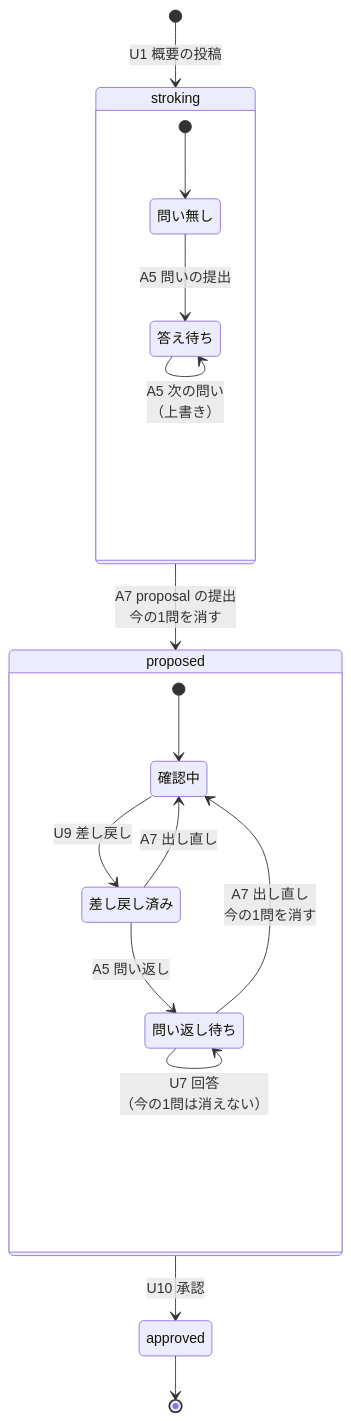
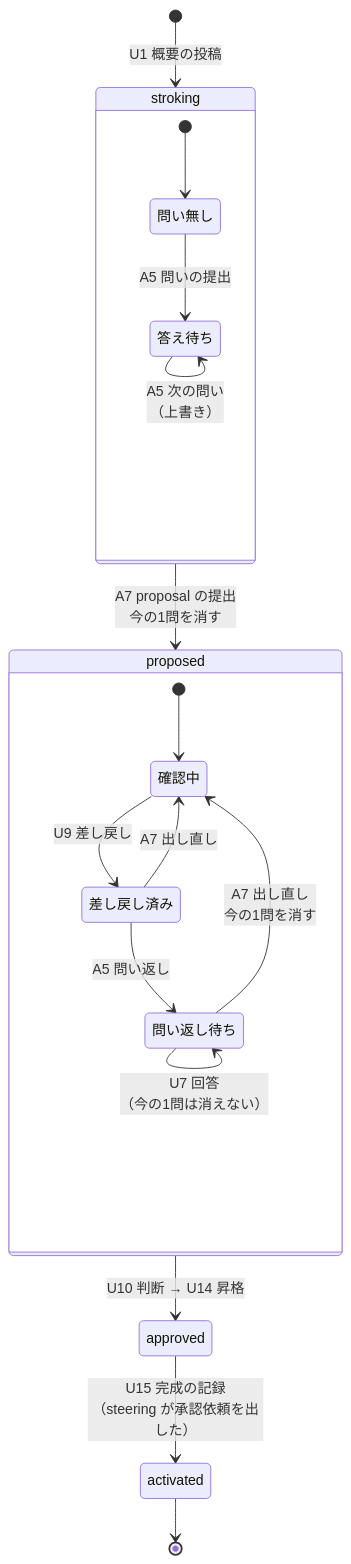
The second of 3 diagrams in docs/specs/architecture/question-flow.md (grrowapp/stroke), drawn with Mermaid before and after one commit. The commit also changed 61 other files, not shown here.

````diff
--- a/docs/specs/architecture/question-flow.md
+++ b/docs/specs/architecture/question-flow.md
@@ -82,25 +82,26 @@
 ```mermaid
 stateDiagram-v2
     [*] --> stroking: U1 概要の投稿
 
     state stroking {
         [*] --> 問い無し
         問い無し --> 答え待ち: A5 問いの提出
         答え待ち --> 答え待ち: U7 回答<br/>（今の1問は消えない）
         答え待ち --> 答え待ち: A5 次の問い<br/>（上書き）
     }
 
     stroking --> proposed: A7 proposal の提出<br/>今の1問を消す
 
     state proposed {
         [*] --> 確認中
         確認中 --> 差し戻し済み: U9 差し戻し
         差し戻し済み --> 問い返し待ち: A5 問い返し
         問い返し待ち --> 問い返し待ち: U7 回答<br/>（今の1問は消えない）
         問い返し待ち --> 確認中: A7 出し直し<br/>今の1問を消す
         差し戻し済み --> 確認中: A7 出し直し
     }
 
-    proposed --> approved: U10 承認
-    approved --> [*]
+    proposed --> approved: U10 判断 → U14 昇格
+    approved --> activated: U15 完成の記録<br/>（steering が承認依頼を出した）
+    activated --> [*]
 ```
````
